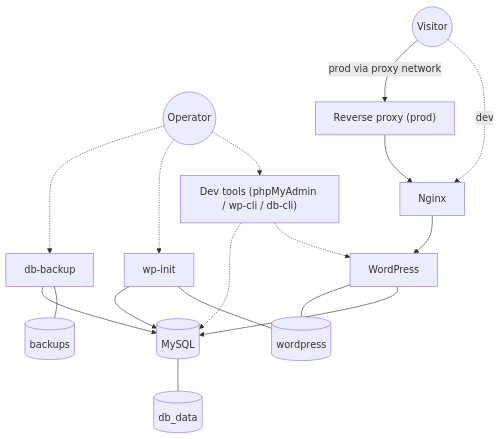
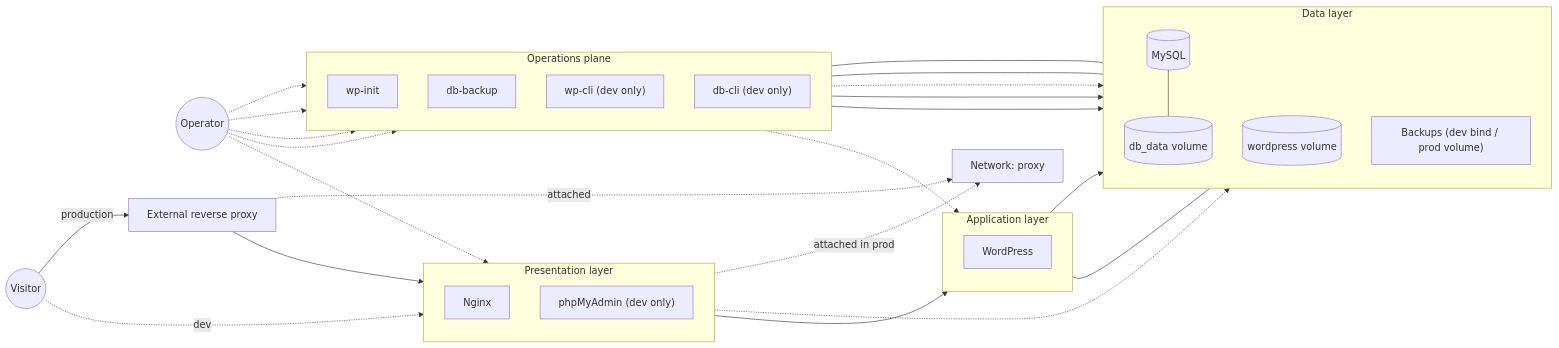
Before and after one commit to taygumus/wp-docker-stack: the second of 2 diagrams in README.md, drawn with Mermaid.

````diff
--- a/README.md
+++ b/README.md
@@ -237,33 +237,58 @@
 ```mermaid
-flowchart TB
+flowchart LR
     Visitor((Visitor))
     Operator((Operator))
-    Proxy["Reverse proxy (prod)"]
-    Nginx[Nginx]
-    WP[WordPress]
-    DB[(MySQL)]
-    V_DB[(db_data)]
-    V_WP[(wordpress)]
-    V_BKP[(backups)]
-    DevTools["Dev tools (phpMyAdmin / wp-cli / db-cli)"]
-    WP_INIT[wp-init]
-    DB_BACKUP[db-backup]
+    Proxy["External reverse proxy"]
+    ProxyNet["Network: proxy"]
+
+    subgraph Edge["Presentation layer"]
+        direction TB
+        Nginx[Nginx]
+        PMA["phpMyAdmin (dev only)"]
+    end
+
+    subgraph App["Application layer"]
+        direction TB
+        WP[WordPress]
+    end
+
+    subgraph Data["Data layer"]
+        direction TB
+        DB[(MySQL)]
+        V_DB[(db_data volume)]
+        V_WP[(wordpress volume)]
+        V_BKP["Backups (dev bind / prod volume)"]
+    end
+
+    subgraph Ops["Operations plane"]
+        direction TB
+        WP_INIT[wp-init]
+        DB_BACKUP[db-backup]
+        WP_CLI["wp-cli (dev only)"]
+        DB_CLI["db-cli (dev only)"]
+    end
 
     Visitor -. dev .-> Nginx
-    Visitor -->|prod via proxy network| Proxy --> Nginx
+    Visitor -->|production| Proxy --> Nginx
+    Proxy -. attached .-> ProxyNet
+    Nginx -. attached in prod .-> ProxyNet
+
     Nginx --> WP --> DB
 
     DB --- V_DB
     WP --- V_WP
     WP_INIT --- V_WP
     DB_BACKUP --- V_BKP
 
-    DevTools -.-> WP
-    DevTools -.-> DB
-    Operator -.-> DevTools
+    PMA -.-> DB
+    WP_CLI -.-> WP
+    DB_CLI -.-> DB
+    WP_INIT --> DB
+    DB_BACKUP --> DB
+
+    Operator -.-> PMA
+    Operator -.-> WP_CLI
+    Operator -.-> DB_CLI
     Operator -.-> WP_INIT
     Operator -.-> DB_BACKUP
-
-    WP_INIT --> DB
-    DB_BACKUP --> DB
 ```
````
